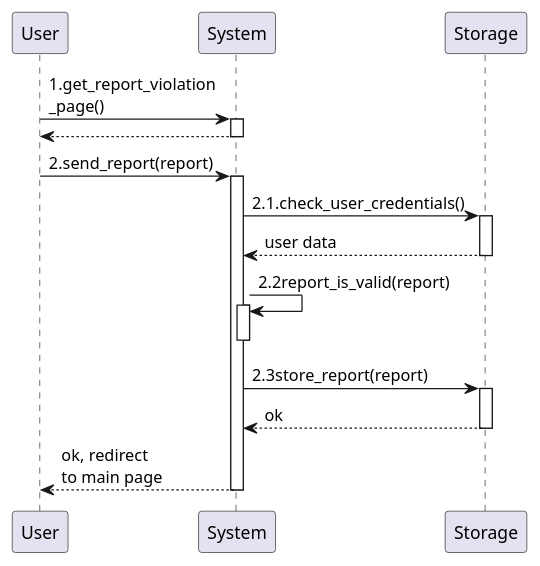
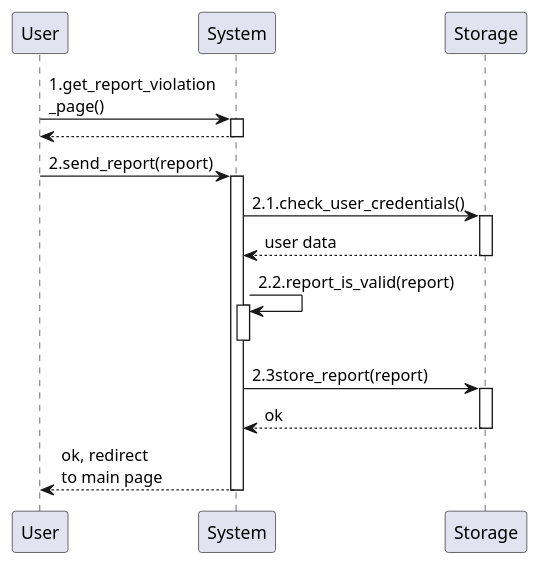
One commit to GiorgioUghini/SafeStreets changed the first of 6 diagrams in RASD/materials/uml/useCases/reports.wsd. Above: the diagram before and after it, drawn with PlantUML. The commit also changed other lines of this file and 14 other files, not shown here.

```diff
--- a/RASD/materials/uml/useCases/reports.wsd
+++ b/RASD/materials/uml/useCases/reports.wsd
@@ -1,18 +1,18 @@
 @startuml creation_of_new_report
     participant User as U
     participant System as S
     participant Storage as ST
 
     autoactivate on
 
     U -> S: 1.get_report_violation\n_page()
     return
     U -> S: 2.send_report(report)
     S -> ST: 2.1.check_user_credentials()
     return user data
-    S -> S: 2.2report_is_valid(report)
+    S -> S: 2.2.report_is_valid(report)
     deactivate S
     S -> ST: 2.3store_report(report)
     return ok
     return ok, redirect\nto main page
 @enduml
```
